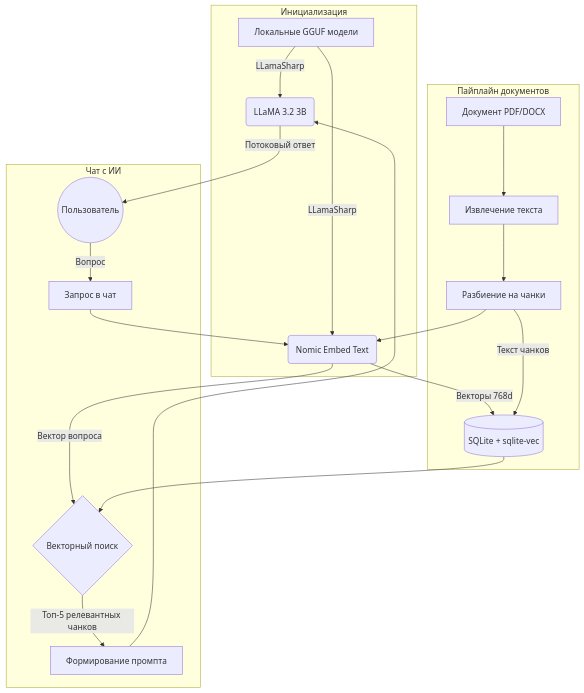
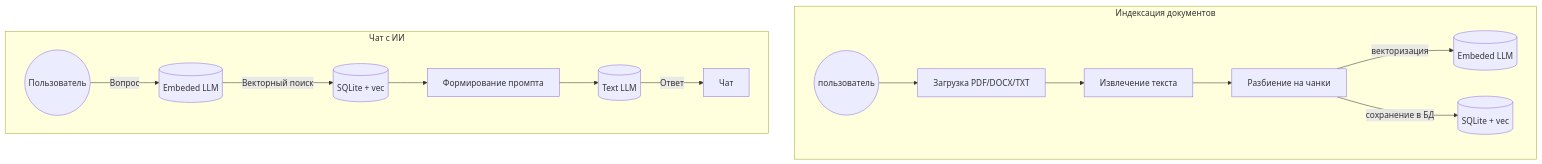
Before and after one commit to propeller416/local-ai-searcher: the diagram in README.md, drawn with Mermaid. The commit also changed other lines of this file, not shown here.

````diff
--- a/README.md
+++ b/README.md
@@ -19,25 +21,17 @@
 ```mermaid
 flowchart TD
-    subgraph Инициализация
-        Models[Локальные GGUF модели] -->|LLamaSharp| LLM(LLaMA 3.2 3B)
-        Models -->|LLamaSharp| Embed(Nomic Embed Text)
-    end
-
-    subgraph Пайплайн документов
-        Doc[Документ PDF/DOCX] --> Extractor[Извлечение текста]
-        Extractor --> Chunks[Разбиение на чанки]
-        Chunks --> Embed
-        Embed -->|Векторы 768d| SQLite[(SQLite + sqlite-vec)]
-        Chunks -->|Текст чанков| SQLite
+    subgraph Индексация документов
+        User1((пользователь)) --> Doc[Загрузка PDF/DOCX/TXT]
+        Doc --> Extractor[Извлечение текста] --> Chunks[Разбиение на чанки]
+        Chunks --> |векторизация| LLM1[(Embeded LLM)]
+        Chunks --> |сохранение в БД| DB1[(SQLite + vec)]
     end
 
     subgraph Чат с ИИ
-        User((Пользователь)) -->|Вопрос| Q[Запрос в чат]
-        Q --> Embed
-        Embed -->|Вектор вопроса| Search{Векторный поиск}
-        SQLite --> Search
-        Search -->|Топ-5 релевантных чанков| Prompt[Формирование промпта]
-        Prompt --> LLM
-        LLM -->|Потоковый ответ| User
+        User2((Пользователь)) --> |Вопрос| LLM2[(Embeded LLM)]
+        LLM2 --> |Векторный поиск| DB2[(SQLite + vec)]
+        DB2 --> Prompt[Формирование промпта]
+        Prompt --> LLM3[(Text LLM)]
+        LLM3 -->|Ответ| Chat[Чат]
     end
 ```
````
